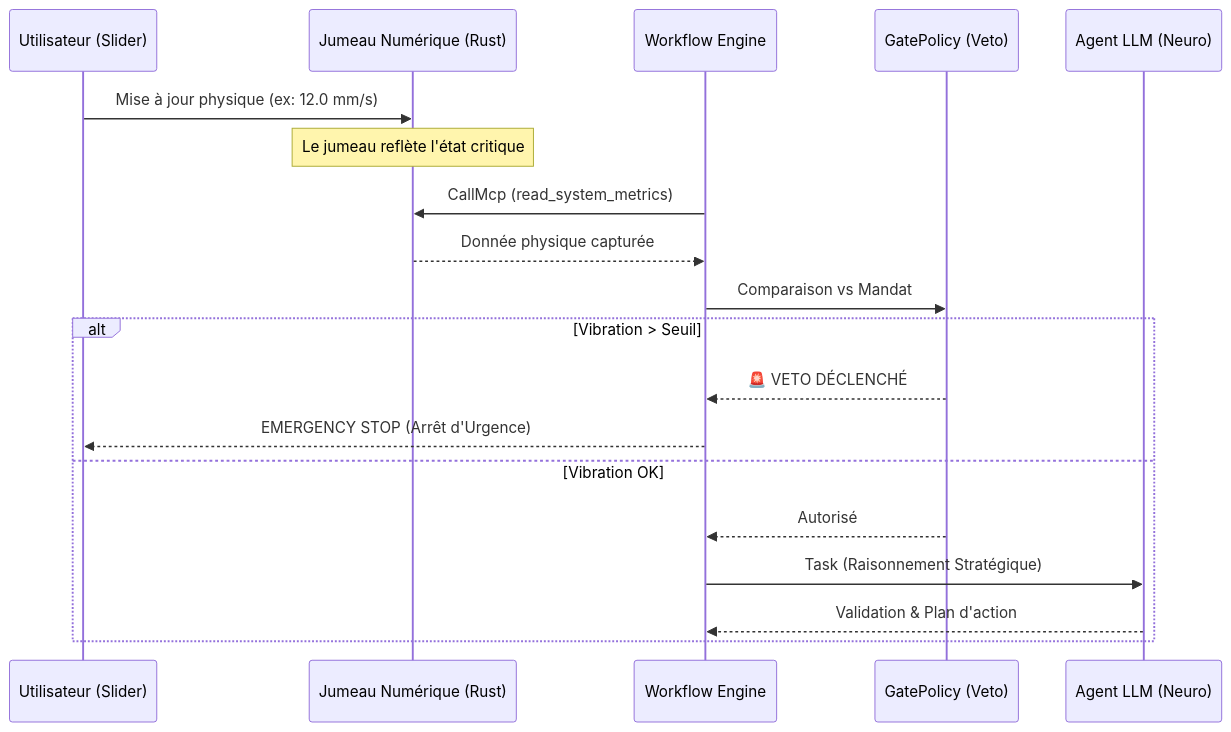
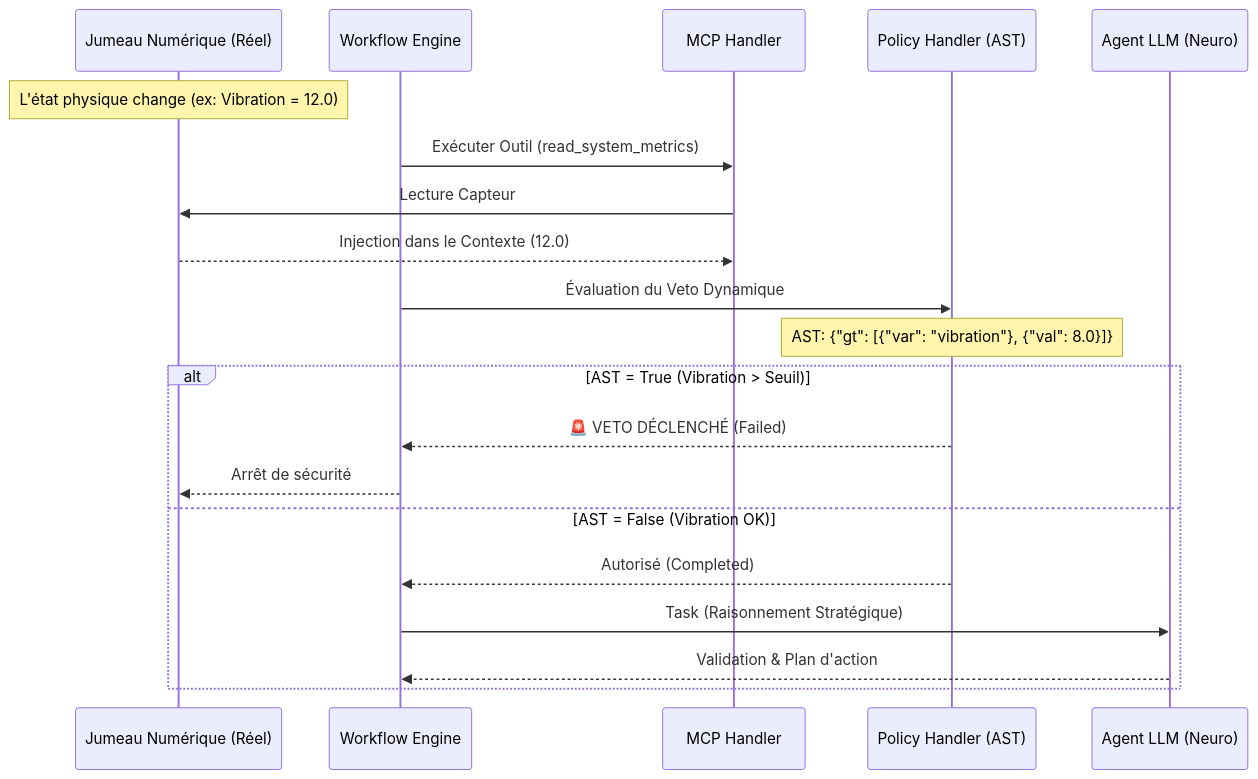
The second of 2 diagrams in src-tauri/src/workflow_engine/README.md (Condorcet-Continuum/raise), drawn with Mermaid before and after one commit. The commit also changed other lines of this file and 120 other files, not shown here.

````diff
--- a/src-tauri/src/workflow_engine/README.md
+++ b/src-tauri/src/workflow_engine/README.md
@@ -43,23 +72,26 @@
 ```mermaid
 sequenceDiagram
-    participant U as Utilisateur (Slider)
-    participant DT as Jumeau Numérique (Rust)
+    participant U as Jumeau Numérique (Réel)
     participant WE as Workflow Engine
-    participant V as GatePolicy (Veto)
+    participant H_Mcp as MCP Handler
+    participant H_Pol as Policy Handler (AST)
     participant AI as Agent LLM (Neuro)
 
-    U->>DT: Mise à jour physique (ex: 12.0 mm/s)
-    Note over DT: Le jumeau reflète l'état critique
-    WE->>DT: CallMcp (read_system_metrics)
-    DT-->>WE: Donnée physique capturée
-    WE->>V: Comparaison vs Mandat
-    alt Vibration > Seuil
-        V-->>WE: 🚨 VETO DÉCLENCHÉ
-        WE-->>U: EMERGENCY STOP (Arrêt d'Urgence)
-    else Vibration OK
-        V-->>WE: Autorisé
+    Note over U: L'état physique change (ex: Vibration = 12.0)
+    WE->>H_Mcp: Exécuter Outil (read_system_metrics)
+    H_Mcp->>U: Lecture Capteur
+    U-->>H_Mcp: Injection dans le Contexte (12.0)
+    
+    WE->>H_Pol: Évaluation du Veto Dynamique
+    Note over H_Pol: AST: {"gt": [{"var": "vibration"}, {"val": 8.0}]}
+    
+    alt AST = True (Vibration > Seuil)
+        H_Pol-->>WE: 🚨 VETO DÉCLENCHÉ (Failed)
+        WE-->>U: Arrêt de sécurité
+    else AST = False (Vibration OK)
+        H_Pol-->>WE: Autorisé (Completed)
         WE->>AI: Task (Raisonnement Stratégique)
         AI-->>WE: Validation & Plan d'action
     end
 
 ```
````
